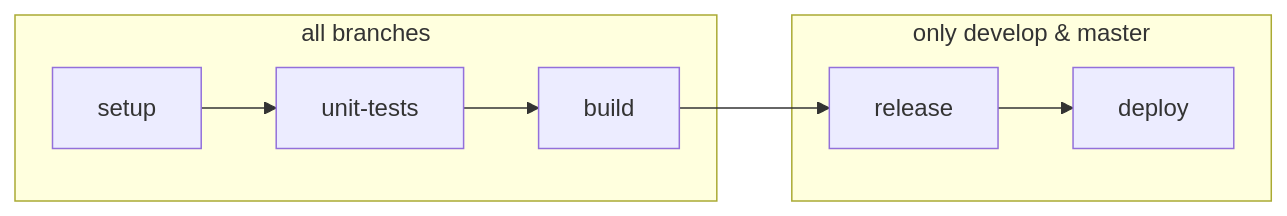
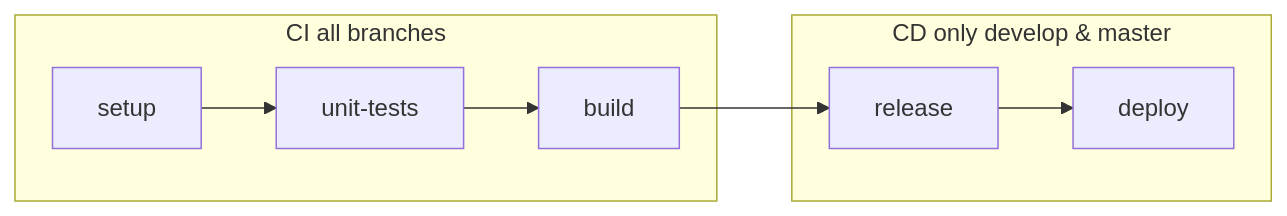
The first of 3 diagrams in MANIFEST.md (mmiranda222/.statsuite), drawn with Mermaid before and after one commit. The commit also changed other lines of this file, not shown here.

````diff
--- a/MANIFEST.md
+++ b/MANIFEST.md
@@ -32,11 +30,11 @@
 ```mermaid
 graph LR
-    subgraph all branches
+    subgraph CI all branches
     setup --> unit-tests
     unit-tests --> build
     end
-    subgraph only develop & master
+    subgraph CD only develop & master
     build --> release
     release --> deploy
     end
 ```
````
